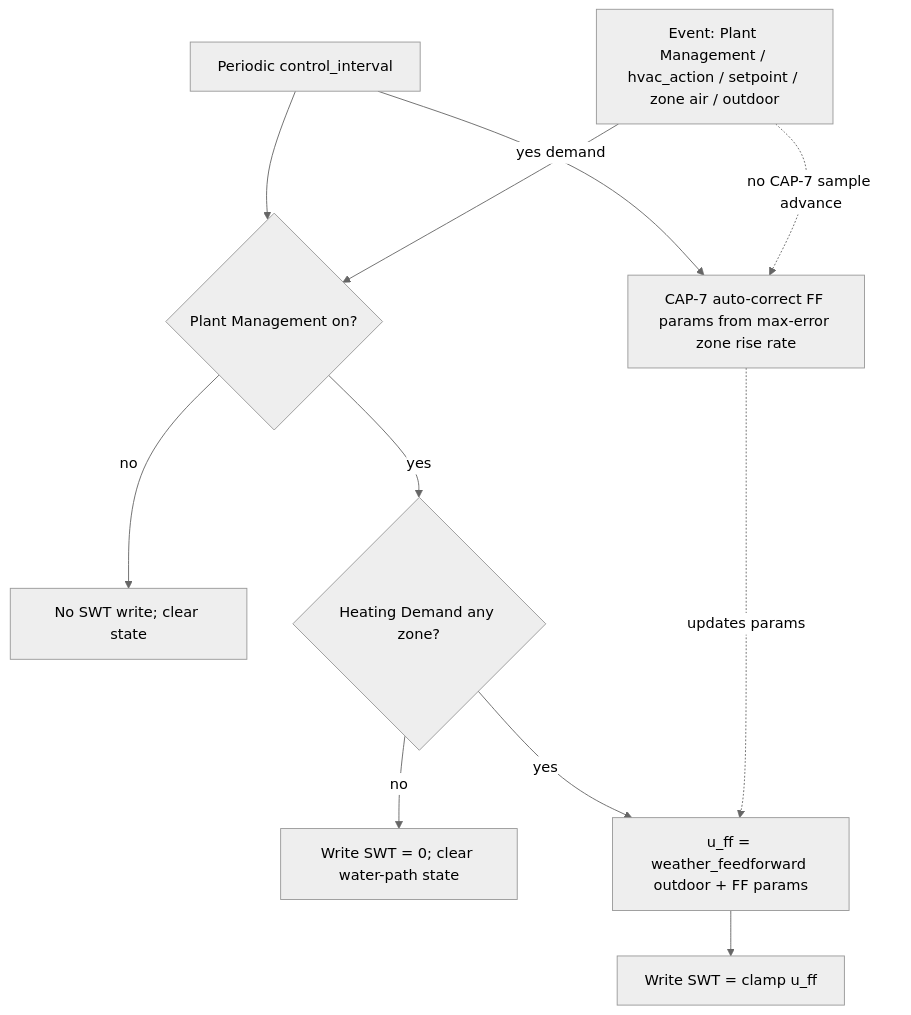
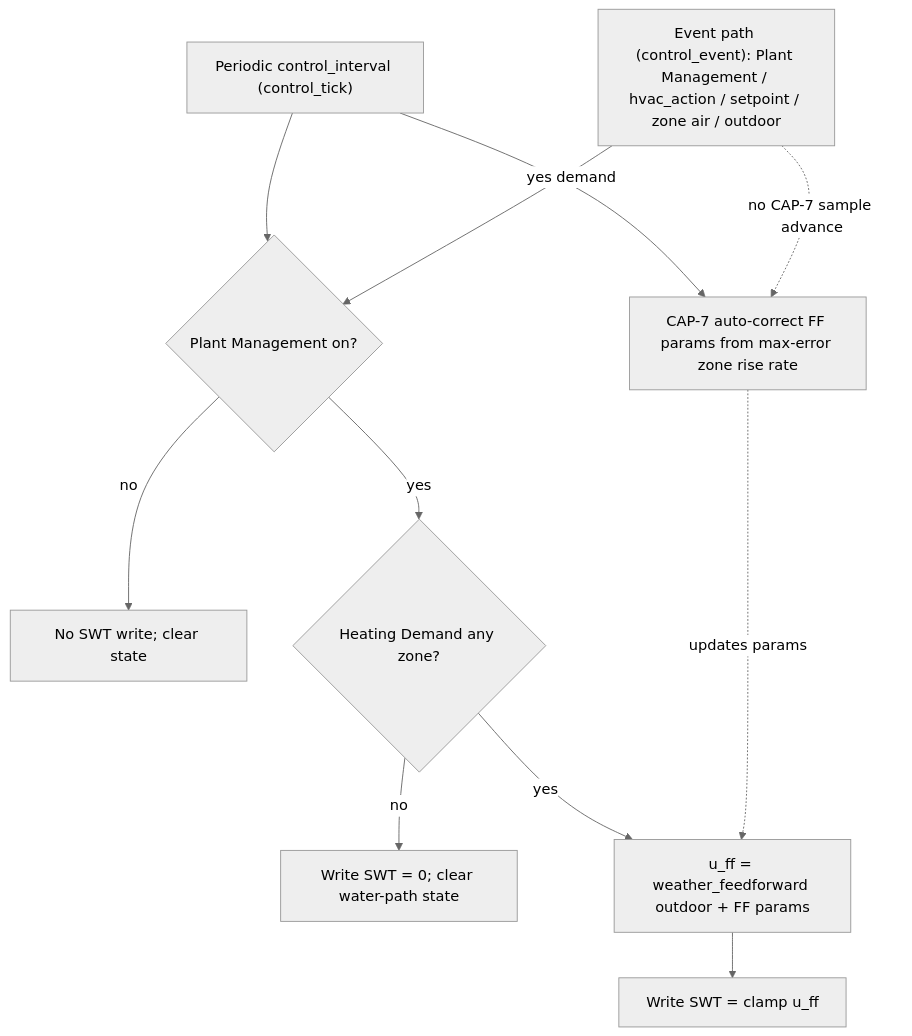
Before and after one commit to zhmachenkov-d/ha_smart_hvac: the first of 2 diagrams in _bmad-output/initiative-weather-curve-zone-actuators/spec-weather-curve-swt-only/architecture-diagrams.md, drawn with Mermaid (neutral theme). The commit also changed 5 other files, not shown here.

````diff
--- a/_bmad-output/initiative-weather-curve-zone-actuators/spec-weather-curve-swt-only/architecture-diagrams.md
+++ b/_bmad-output/initiative-weather-curve-zone-actuators/spec-weather-curve-swt-only/architecture-diagrams.md
@@ -5,20 +5,20 @@
 ```mermaid
 flowchart TD
-  periodic[Periodic control_interval]
-  events[Event: Plant Management / hvac_action / setpoint / zone air / outdoor]
+  periodic["Periodic control_interval (control_tick)"]
+  events["Event path (control_event): Plant Management / hvac_action / setpoint / zone air / outdoor"]
   pm{Plant Management on?}
   hands[No SWT write; clear state]
   demand{Heating Demand any zone?}
   zero[Write SWT = 0; clear water-path state]
   ff[u_ff = weather_feedforward outdoor + FF params]
   clamp[Write SWT = clamp u_ff]
   ac[CAP-7 auto-correct FF params from max-error zone rise rate]
   periodic --> pm
   events --> pm
   pm -->|no| hands
   pm -->|yes| demand
   demand -->|no| zero
   demand -->|yes| ff --> clamp
   periodic -->|yes demand| ac -.->|updates params| ff
   events -.->|no CAP-7 sample advance| ac
 ```
````
